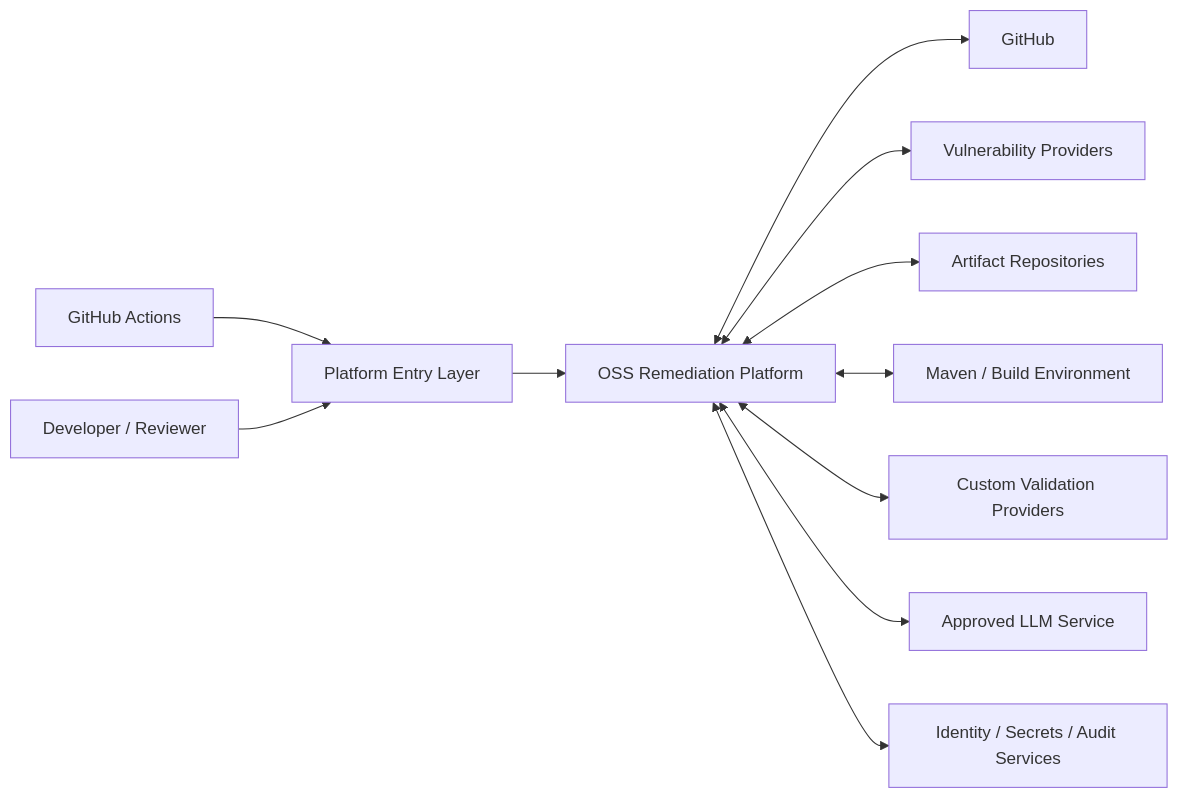
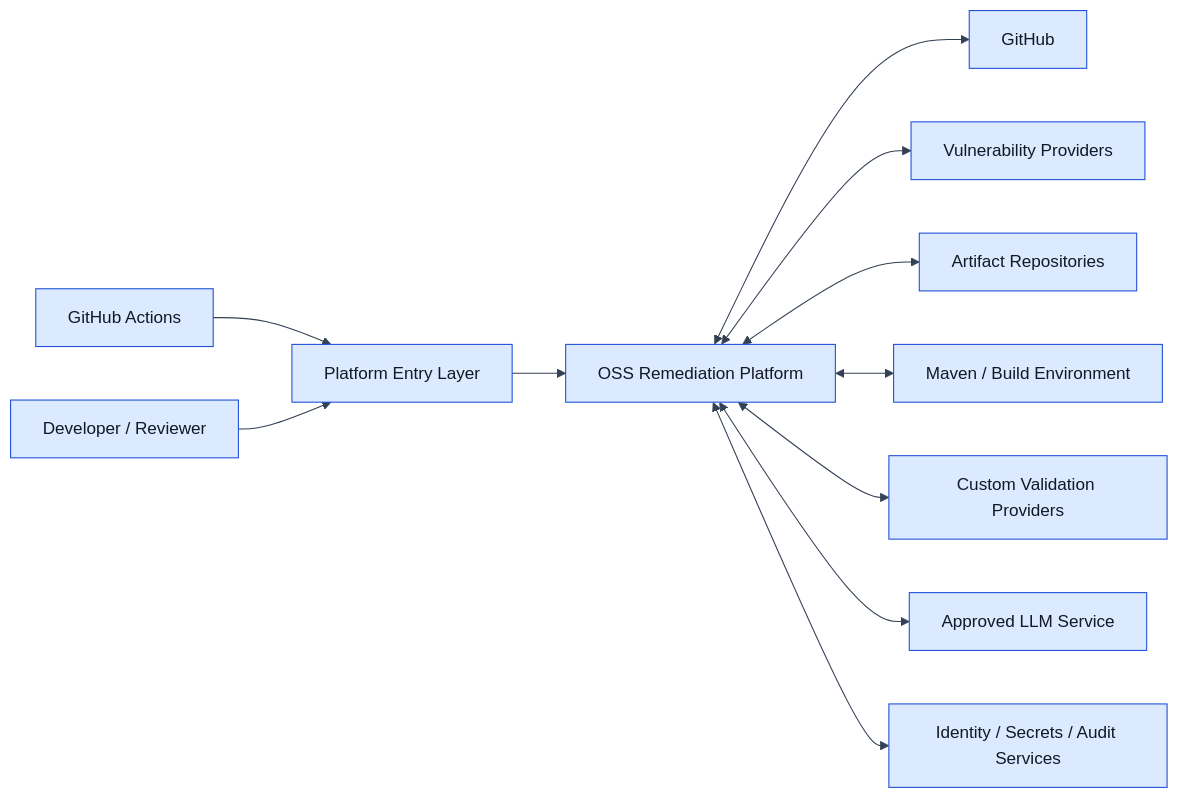
One commit to AILearner365/oss-remediation-adk changed the first of 7 diagrams in docs/04-system-architecture.md. Above: the diagram before and after it, drawn with Mermaid. The commit also changed other lines of this file, not shown here.

Commit message:
docs: refine architecture constraints and diagram readability

````diff
--- a/docs/04-system-architecture.md
+++ b/docs/04-system-architecture.md
@@ -42,15 +62,14 @@
 ```mermaid
+%%{init: {"theme":"base","themeVariables":{"background":"#ffffff","primaryColor":"#dbeafe","primaryTextColor":"#111827","primaryBorderColor":"#1d4ed8","secondaryColor":"#dcfce7","secondaryTextColor":"#111827","tertiaryColor":"#fef3c7","tertiaryTextColor":"#111827","lineColor":"#334155","textColor":"#111827","edgeLabelBackground":"#ffffff"}}}%%
 flowchart LR
     CI[GitHub Actions] --> EP[Platform Entry Layer]
     USER[Developer / Reviewer] --> EP
-
     EP --> CORE[OSS Remediation Platform]
-
     CORE <--> GH[GitHub]
     CORE <--> VULN[Vulnerability Providers]
     CORE <--> ART[Artifact Repositories]
     CORE <--> BUILD[Maven / Build Environment]
     CORE <--> CUSTOM[Custom Validation Providers]
     CORE <--> LLM[Approved LLM Service]
     CORE <--> IAM[Identity / Secrets / Audit Services]
 ```
````
